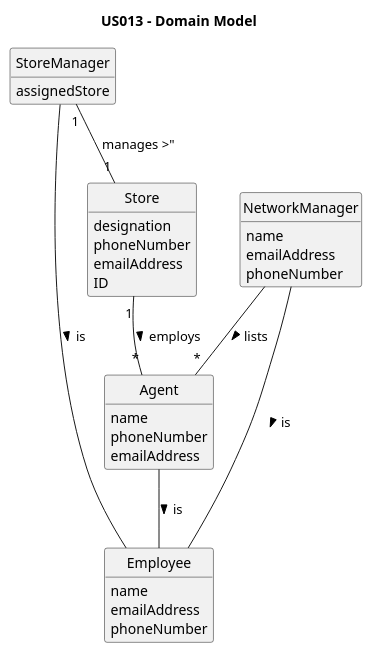
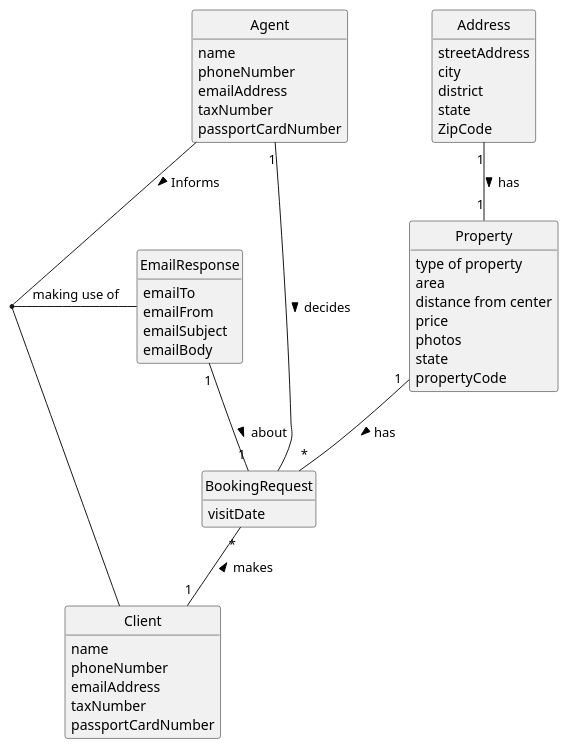
One commit to 1220812/LAPR2 changed the diagram in docs/sprintD/us016/02.analysis/puml/us016-domain-model.puml. Above: the diagram before and after it, drawn with PlantUML. The commit also changed 4 other files, not shown here.

Commit message:
Made the class diagram, sequence diagram full and system sequence diagram for us016.

```diff
--- a/docs/sprintD/us016/02.analysis/puml/us016-domain-model.puml
+++ b/docs/sprintD/us016/02.analysis/puml/us016-domain-model.puml
@@ -1,49 +1,84 @@
 @startuml
 skinparam monochrome true
 skinparam packageStyle rectangle
 skinparam shadowing false
 
 'left to right direction
 
+skinparam classAttributeIconSize 0
+
 hide circle
 hide methods
 
-title US013 - Domain Model
+'title Domain Model
 
-class Store{
-designation
-phoneNumber
-emailAddress
-ID
+'class Platform {
+'  -description
+'}
+
+class EmailResponse {
+    emailTo
+    emailFrom
+    emailSubject
+    emailBody
 }
 
-class Agent{
-name
-phoneNumber
-emailAddress
+class Agent {
+    name
+    phoneNumber
+    emailAddress
+    taxNumber
+    passportCardNumber
 }
 
-class StoreManager{
-assignedStore
+
+'class Address {
+'      streetAddress
+'      city
+'      district
+'      state
+'      ZipCode
+'}
+
+class Client {
+      name
+      phoneNumber
+      emailAddress
+      taxNumber
+      passportCardNumber
 }
 
-class Employee{
-name
-emailAddress
-phoneNumber
+class Property {
+       type of property
+       area
+       distance from center
+       price
+       photos
+       state
+       propertyCode
+
 }
 
-class NetworkManager{
-name
-emailAddress
-phoneNumber
+class BookingRequest {
+    visitDate
+
 }
 
-StoreManager "1" -- "1" Store : manages >"
-Store "1" -- "*" Agent : employs >
-StoreManager -- Employee : is >
-Agent -- Employee : is >
-NetworkManager -- Employee : is >
-NetworkManager -- "*" Agent : lists >
+class Address {
+      streetAddress
+      city
+      district
+      state
+      ZipCode
+}
+
+Agent -- Client: Informs >
+(Agent, Client) -- EmailResponse: making use of
+
+Property "1" -- "*" BookingRequest: has >
+EmailResponse "1" -- "1" BookingRequest: about >
+Agent "1" -- BookingRequest: decides >
+BookingRequest "*" -- "1" Client: makes <
+Address "1" -- "1" Property: has >
 
 @enduml
```
